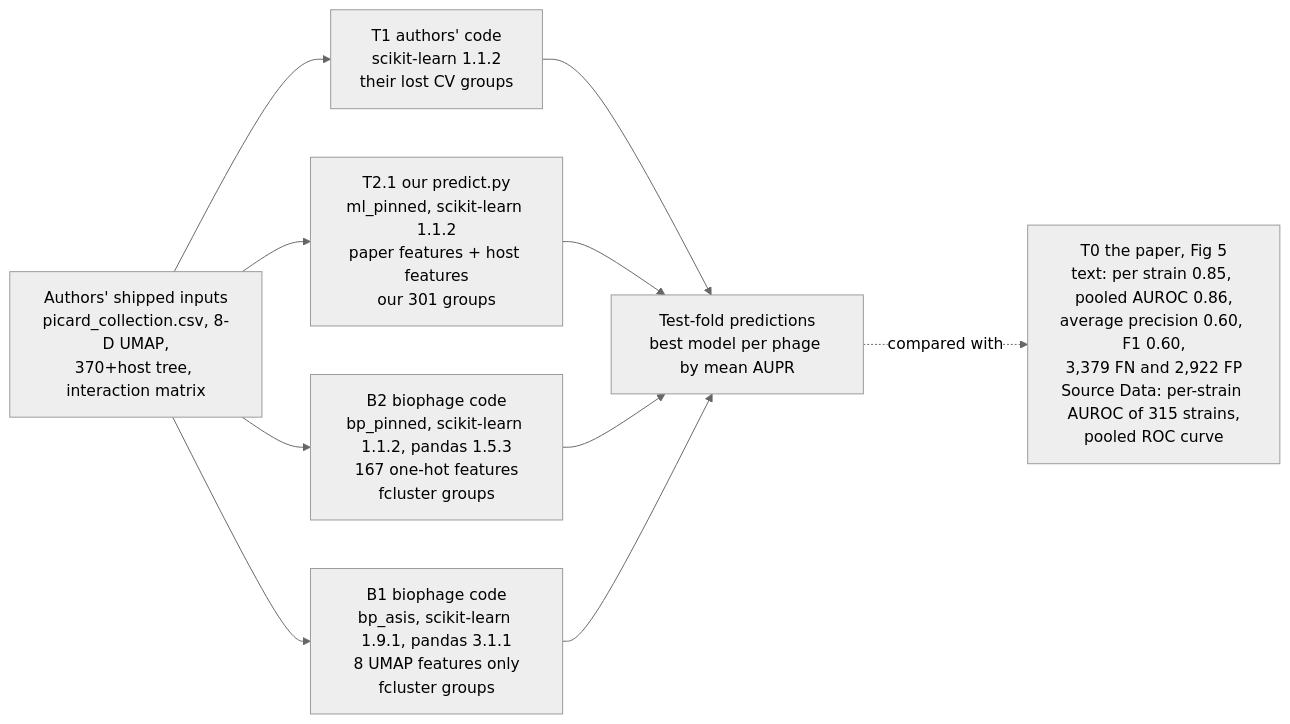
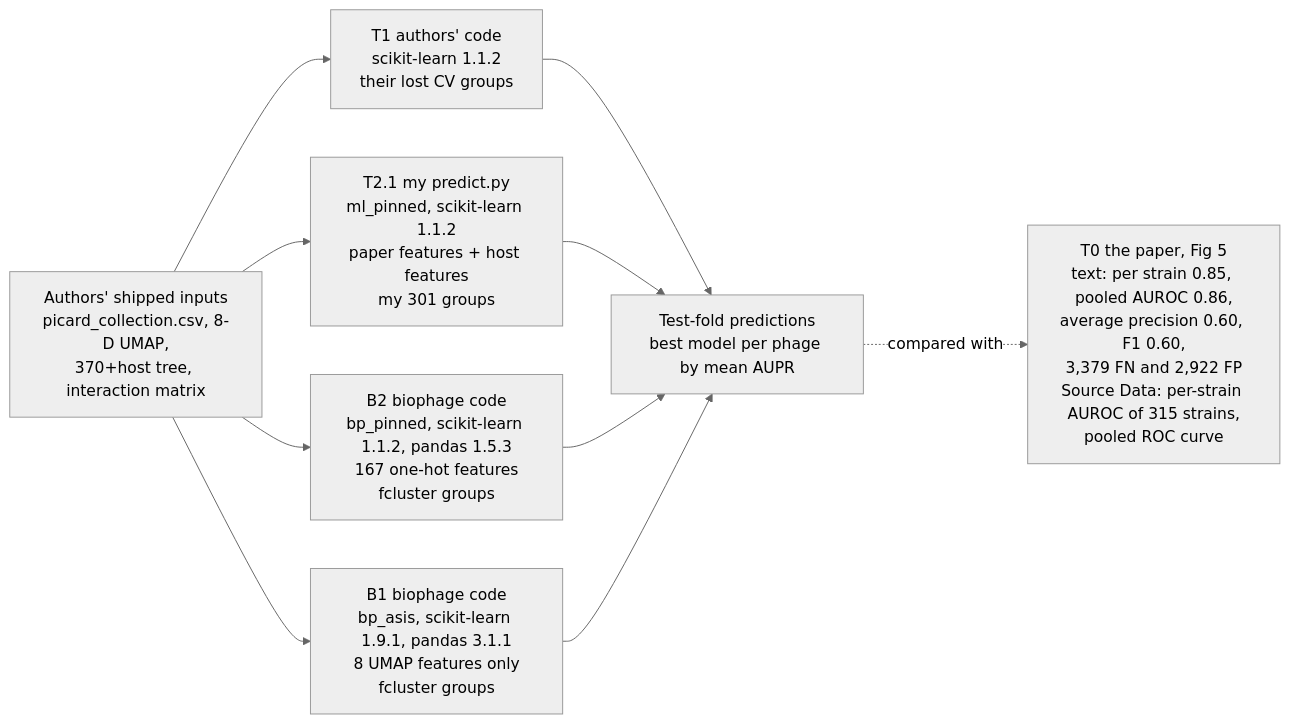
Before and after one commit to viti1igo/coli_phage_interactions_2023_replica: the first of 2 diagrams in reports/14_biophage_comparison.md, drawn with Mermaid (neutral theme). The commit also changed other lines of this file and 14 other files, not shown here.

First line of the commit message:
Write report 14 and its figure labels in the first person singular

````diff
--- a/reports/14_biophage_comparison.md
+++ b/reports/14_biophage_comparison.md
@@ -24,14 +24,14 @@
 ```mermaid
 flowchart LR
     T0["T0 the paper, Fig 5<br/>text: per strain 0.85, pooled AUROC 0.86,<br/>average precision 0.60, F1 0.60,<br/>3,379 FN and 2,922 FP<br/>Source Data: per-strain AUROC of 315 strains,<br/>pooled ROC curve"]
     IN["Authors' shipped inputs<br/>picard_collection.csv, 8-D UMAP,<br/>370+host tree, interaction matrix"]
     IN --> T1["T1 authors' code<br/>scikit-learn 1.1.2<br/>their lost CV groups"]
-    IN --> T21["T2.1 our predict.py<br/>ml_pinned, scikit-learn 1.1.2<br/>paper features + host features<br/>our 301 groups"]
+    IN --> T21["T2.1 my predict.py<br/>ml_pinned, scikit-learn 1.1.2<br/>paper features + host features<br/>my 301 groups"]
     IN --> B2["B2 biophage code<br/>bp_pinned, scikit-learn 1.1.2, pandas 1.5.3<br/>167 one-hot features<br/>fcluster groups"]
     IN --> B1["B1 biophage code<br/>bp_asis, scikit-learn 1.9.1, pandas 3.1.1<br/>8 UMAP features only<br/>fcluster groups"]
     T1 --> OUT["Test-fold predictions<br/>best model per phage by mean AUPR"]
     T21 --> OUT
     B2 --> OUT
     B1 --> OUT
     OUT -. "compared with" .-> T0
 ```
````
